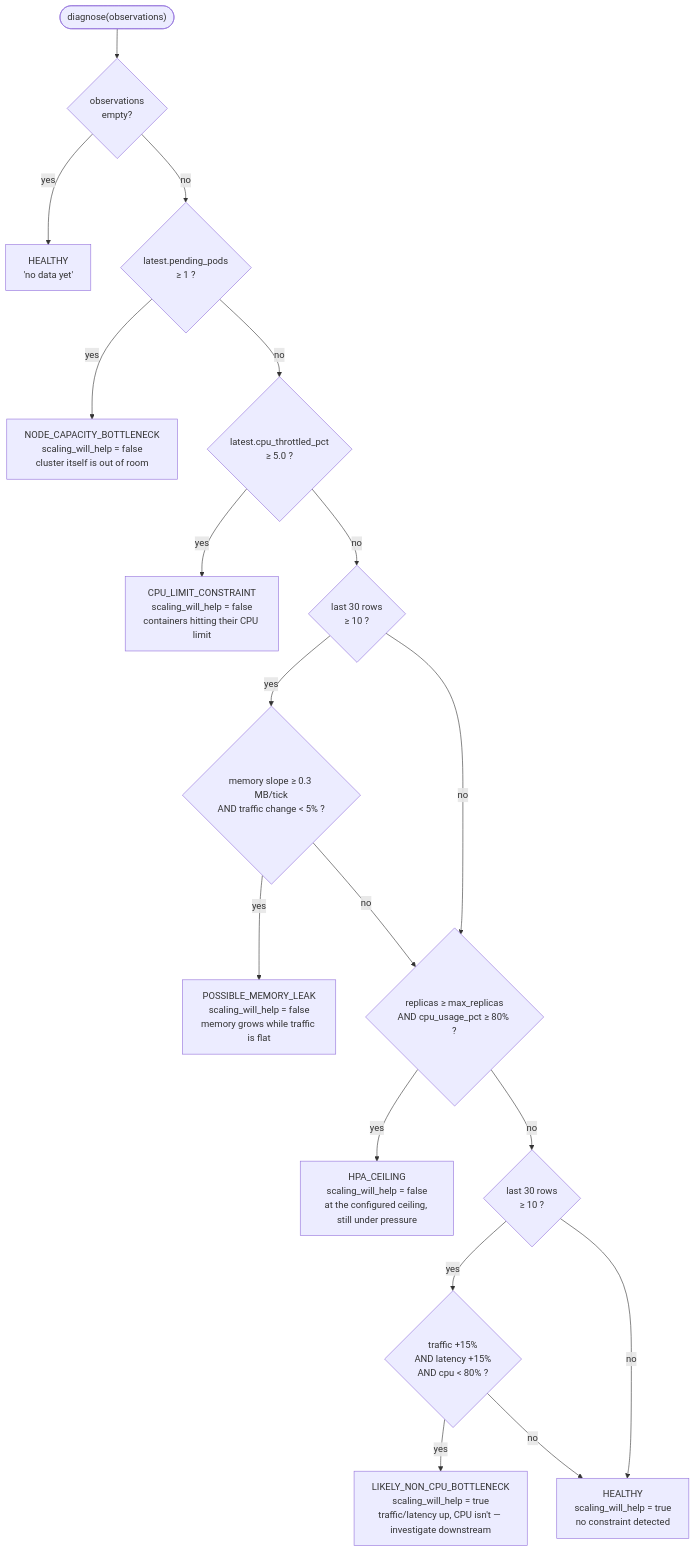
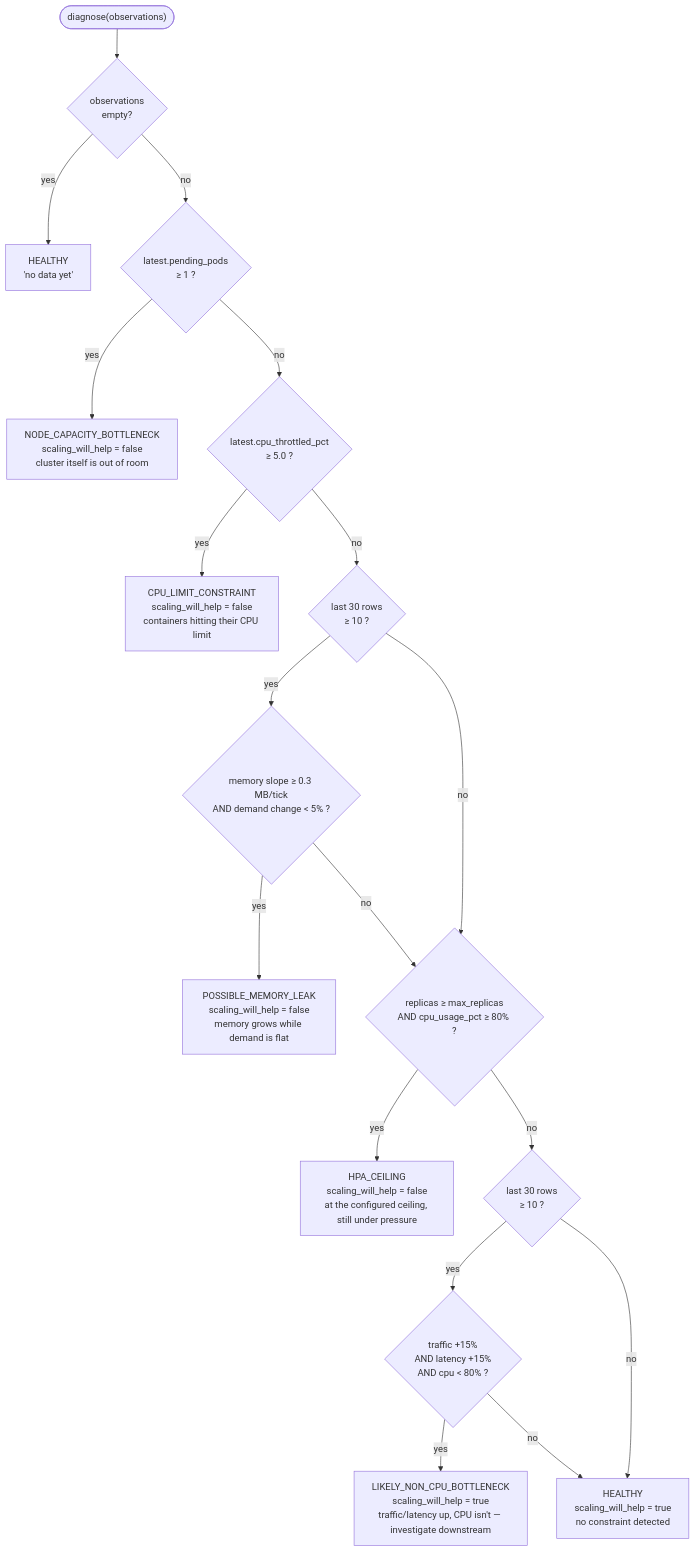
The second of 6 diagrams in README.md (jsawyerdev/scalescope), drawn with Mermaid before and after one commit. The commit also changed other lines of this file and 31 other files, not shown here.

````diff
--- a/README.md
+++ b/README.md
@@ -379,26 +379,26 @@
 ```mermaid
 flowchart TD
     START(["diagnose(observations)"]) --> EMPTY{"observations<br/>empty?"}
     EMPTY -->|yes| R1["HEALTHY<br/>'no data yet'"]
     EMPTY -->|no| PENDING{"latest.pending_pods<br/>&ge; 1 ?"}
 
     PENDING -->|yes| R2["NODE_CAPACITY_BOTTLENECK<br/>scaling_will_help = false<br/>cluster itself is out of room"]
     PENDING -->|no| THROTTLE{"latest.cpu_throttled_pct<br/>&ge; 5.0 ?"}
 
     THROTTLE -->|yes| R3["CPU_LIMIT_CONSTRAINT<br/>scaling_will_help = false<br/>containers hitting their CPU limit"]
     THROTTLE -->|no| WIN1{"last 30 rows<br/>&ge; 10 ?"}
 
-    WIN1 -->|yes| MEMCHECK{"memory slope &ge; 0.3 MB/tick<br/>AND traffic change &lt; 5% ?"}
+    WIN1 -->|yes| MEMCHECK{"memory slope &ge; 0.3 MB/tick<br/>AND demand change &lt; 5% ?"}
     WIN1 -->|no| CEILING
-    MEMCHECK -->|yes| R4["POSSIBLE_MEMORY_LEAK<br/>scaling_will_help = false<br/>memory grows while traffic is flat"]
+    MEMCHECK -->|yes| R4["POSSIBLE_MEMORY_LEAK<br/>scaling_will_help = false<br/>memory grows while demand is flat"]
     MEMCHECK -->|no| CEILING{"replicas &ge; max_replicas<br/>AND cpu_usage_pct &ge; 80% ?"}
 
     CEILING -->|yes| R5["HPA_CEILING<br/>scaling_will_help = false<br/>at the configured ceiling, still under pressure"]
     CEILING -->|no| WIN2{"last 30 rows<br/>&ge; 10 ?"}
 
     WIN2 -->|yes| NONCPU{"traffic +15%<br/>AND latency +15%<br/>AND cpu &lt; 80% ?"}
     WIN2 -->|no| R6
 
     NONCPU -->|yes| R7["LIKELY_NON_CPU_BOTTLENECK<br/>scaling_will_help = true<br/>traffic/latency up, CPU isn't — investigate downstream"]
     NONCPU -->|no| R6["HEALTHY<br/>scaling_will_help = true<br/>no constraint detected"]
 ```
````
